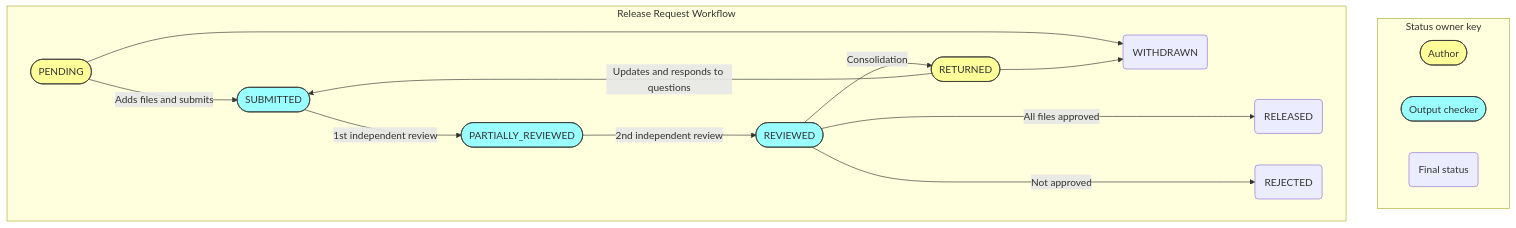
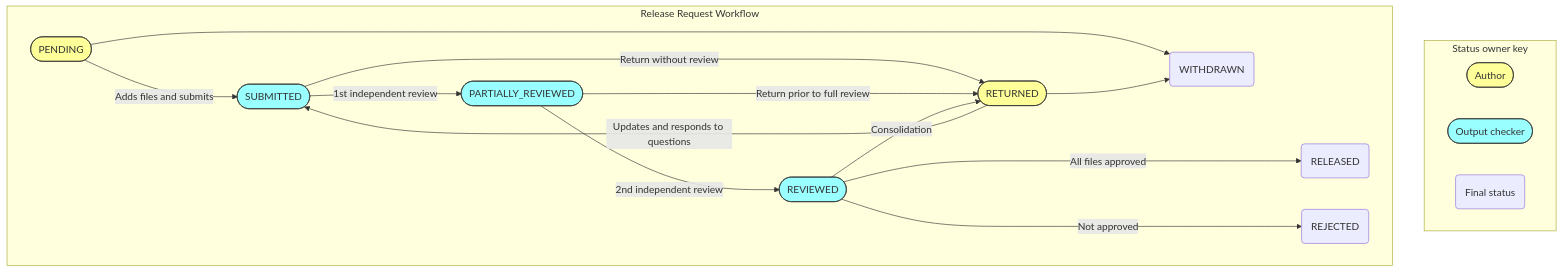
The diagram in docs/explanation/workflow-and-permissions.md (opensafely-core/airlock), drawn with Mermaid before and after one commit. The commit also changed 1 other file, not shown here.

Commit message:
Update documentation to reflect changes

````diff
--- a/docs/explanation/workflow-and-permissions.md
+++ b/docs/explanation/workflow-and-permissions.md
@@ -48,25 +48,27 @@
 ```mermaid
 flowchart TD
     subgraph Status owner key
     direction LR
         1([Author]):::author
         2([Output checker]):::checker
         3(Final status)
     end
 
     subgraph Release Request Workflow
         A([PENDING]):::author -- Adds files and submits --> B([SUBMITTED]):::checker
         B -- 1st independent review --> C([PARTIALLY_REVIEWED]):::checker
+        B -- Return without review --> E([RETURNED]):::author
         C -- 2nd independent review --> D([REVIEWED]):::checker
-        D -- Consolidation --> E([RETURNED]):::author
+        C -- Return prior to full review --> E
+        D -- Consolidation --> E
         E -- Updates and responds to questions --> B
         D -- All files approved ----> F(RELEASED)
         D -- Not approved ----> G(REJECTED)
         A --> H(WITHDRAWN)
         E --> H
     end
 
 classDef author fill:#ff9,stroke:#333;
 classDef checker fill:#9ff,stroke:#333;
 
 ```
````
